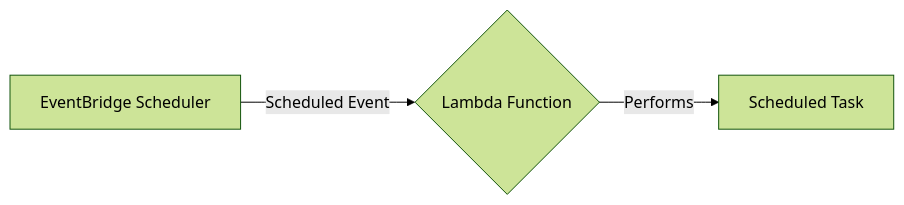
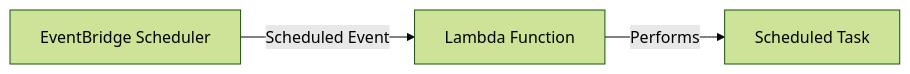
Before and after one commit to susmitpy/talks: the fourth of 15 diagrams in aws_lambda.md, drawn with Mermaid (forest theme). The commit also changed other lines of this file and 6 other files, not shown here.

````diff
--- a/aws_lambda.md
+++ b/aws_lambda.md
@@ -262,6 +255,5 @@
 ```mermaid
 graph LR
-    A[EventBridge Scheduler] -- Scheduled Event --> B{Lambda Function}
+    A[EventBridge Scheduler] -- Scheduled Event --> B[Lambda Function]
     B -- Performs --> C[Scheduled Task]
-    class A,B fill:#f9f,stroke:#333,stroke-width:2px
 ```
````
